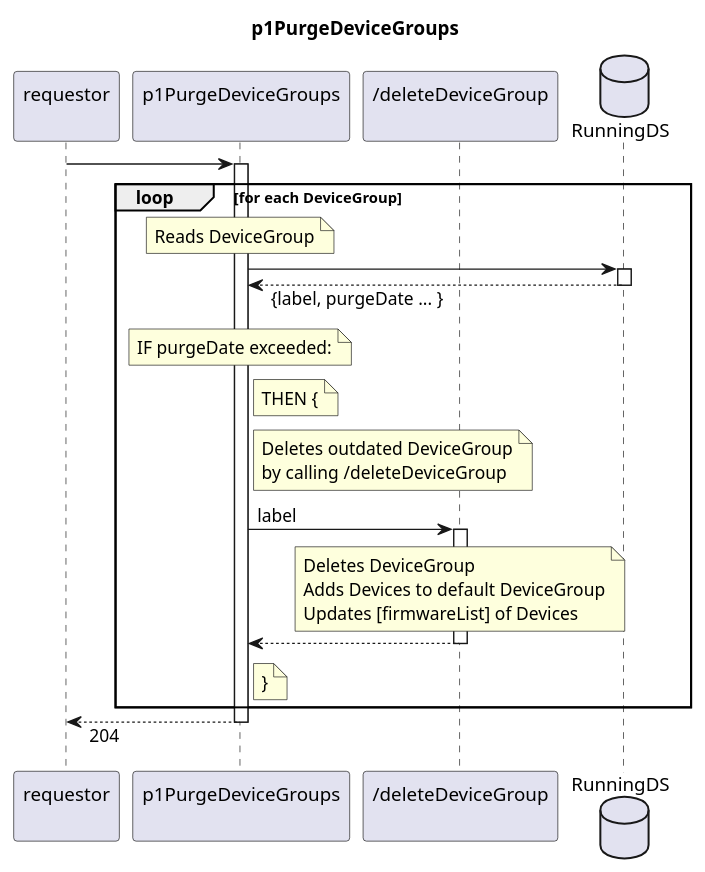
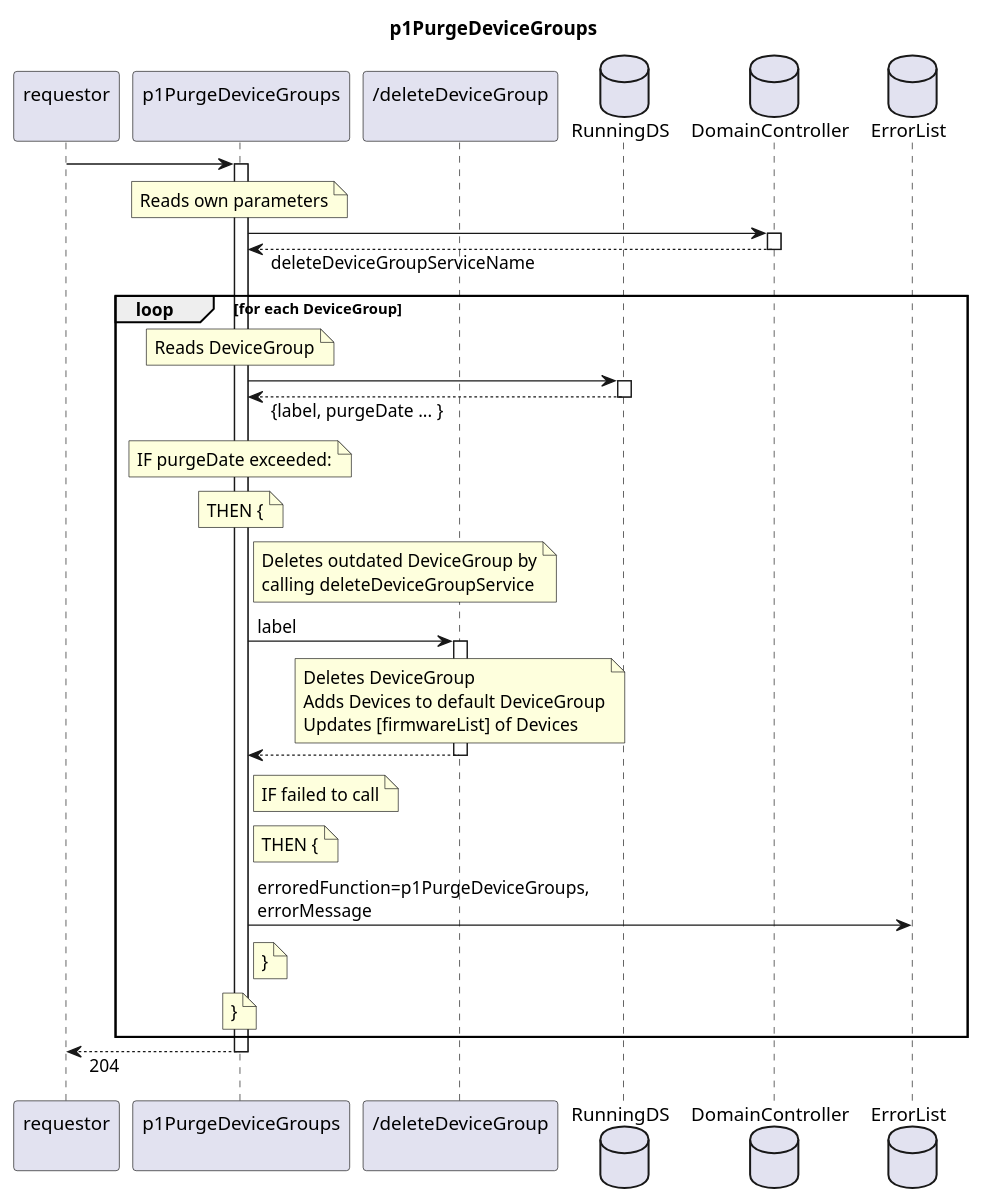
One commit to openBackhaul/FirmWareManager changed the diagram in spec/Functions/Interpretation/p1PurgeDeviceGroups/1.0.0/p1PurgeDeviceGroups.plantuml. Above: the diagram before and after it, drawn with PlantUML. The commit also changed 28 other files, not shown here.

```diff
--- a/spec/Functions/Interpretation/p1PurgeDeviceGroups/1.0.0/p1PurgeDeviceGroups.plantuml
+++ b/spec/Functions/Interpretation/p1PurgeDeviceGroups/1.0.0/p1PurgeDeviceGroups.plantuml
@@ -1,52 +1,76 @@
 @startuml p1PurgeDeviceGroups
 skinparam responseMessageBelowArrow true
 
 title
   p1PurgeDeviceGroups
 end title
 
 participant "requestor\n" as requestor
 participant "p1PurgeDeviceGroups\n" as indServ
 participant "/deleteDeviceGroup\n" as delGroup
 
 database "RunningDS" as RunDS
+database "DomainController" as DC
+database "ErrorList" as hEL
 
 requestor -> indServ
 activate indServ
+
+  note over indServ
+    Reads own parameters
+  end note
+  indServ -> DC
+  activate DC
+  indServ <-- DC: deleteDeviceGroupServiceName
+  deactivate DC
 
   loop for each DeviceGroup
     note over indServ
       Reads DeviceGroup
     end note
     indServ -> RunDS
     activate RunDS
     indServ <-- RunDS: {label, purgeDate ... }
     deactivate RunDS
+
     note over indServ
       IF purgeDate exceeded:
     end note
-    note right indServ
+    note over indServ
       THEN {
     end note
+
   note right indServ
-    Deletes outdated DeviceGroup
-    by calling /deleteDeviceGroup
+    Deletes outdated DeviceGroup by
+    calling deleteDeviceGroupService
   end note
     indServ -> delGroup: label
     activate delGroup
       note over delGroup
         Deletes DeviceGroup
         Adds Devices to default DeviceGroup
         Updates [firmwareList] of Devices
       end note
     indServ <-- delGroup
     deactivate delGroup
+
     note right indServ
+      IF failed to call
+    end note
+    note right indServ
+      THEN {
+    end note
+    indServ -> hEL: erroredFunction=p1PurgeDeviceGroups,\nerrorMessage
+    note right indServ
+      }
+    end note
+
+    note over indServ
       }
     end note
   end loop
 
 requestor <-- indServ: 204
 deactivate indServ
 
 @enduml
```
